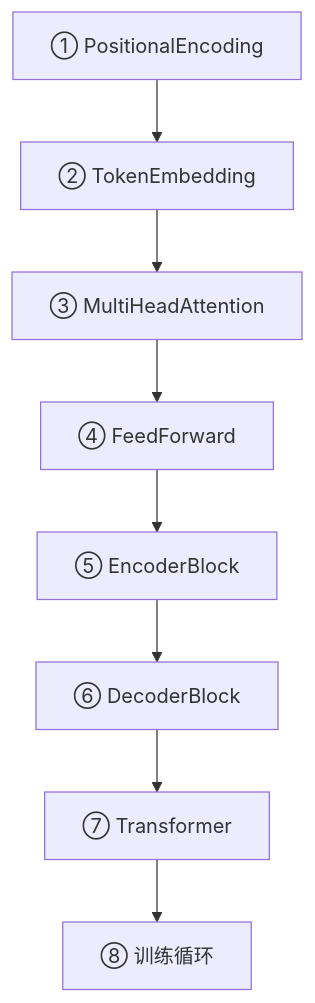
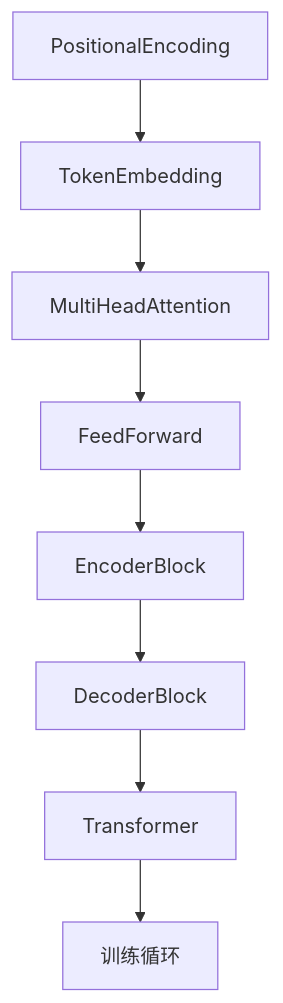
One commit to yan-xi-yan/OopsYanxi changed the diagram in src/content/posts/AI/LLM/Transformer/notes/05_Training_and_Implementation/02_Transformer代码实现.md. Above: the diagram before and after it, drawn with Mermaid. The commit also changed 45 other files, not shown here.

````diff
--- a/src/content/posts/AI/LLM/Transformer/notes/05_Training_and_Implementation/02_Transformer代码实现.md
+++ b/src/content/posts/AI/LLM/Transformer/notes/05_Training_and_Implementation/02_Transformer代码实现.md
@@ -16,10 +16,10 @@
 ```mermaid
 graph TD
-    PE["① PositionalEncoding"] --> TE["② TokenEmbedding"]
-    TE --> MHA["③ MultiHeadAttention"]
-    MHA --> FFN["④ FeedForward"]
-    FFN --> EB["⑤ EncoderBlock"]
-    EB --> DB["⑥ DecoderBlock"]
-    DB --> TF["⑦ Transformer"]
-    TF --> Train["⑧ 训练循环"]
+    PE["PositionalEncoding"] --> TE["TokenEmbedding"]
+    TE --> MHA["MultiHeadAttention"]
+    MHA --> FFN["FeedForward"]
+    FFN --> EB["EncoderBlock"]
+    EB --> DB["DecoderBlock"]
+    DB --> TF["Transformer"]
+    TF --> Train["训练循环"]
 ```
````
